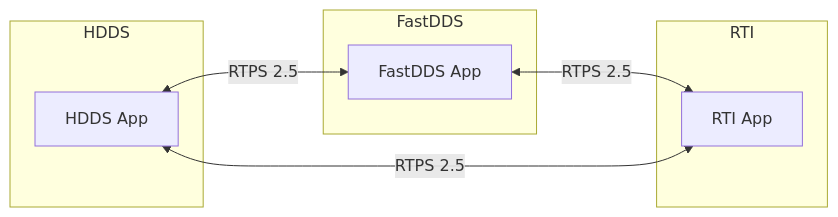
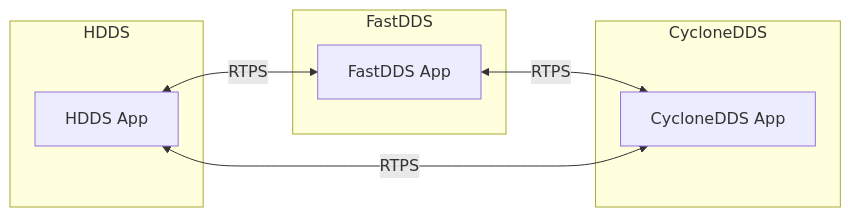
The first of 4 diagrams in docs/getting-started/what-is-rtps.md (hdds-team/hdds), drawn with Mermaid before and after one commit. The commit also changed other lines of this file and 1712 other files, not shown here.

````diff
--- a/docs/getting-started/what-is-rtps.md
+++ b/docs/getting-started/what-is-rtps.md
@@ -9,18 +9,18 @@
 ```mermaid
 graph LR
     subgraph HDDS
         H[HDDS App]
     end
 
     subgraph FastDDS
         F[FastDDS App]
     end
 
-    subgraph RTI
-        R[RTI App]
+    subgraph CycloneDDS
+        R[CycloneDDS App]
     end
 
-    H <-->|RTPS 2.5| F
-    F <-->|RTPS 2.5| R
-    H <-->|RTPS 2.5| R
+    H <-->|RTPS| F
+    F <-->|RTPS| R
+    H <-->|RTPS| R
 ```
````
